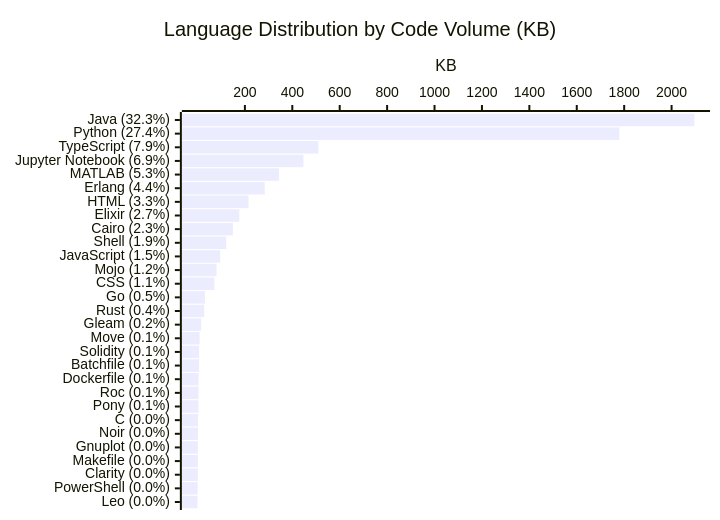
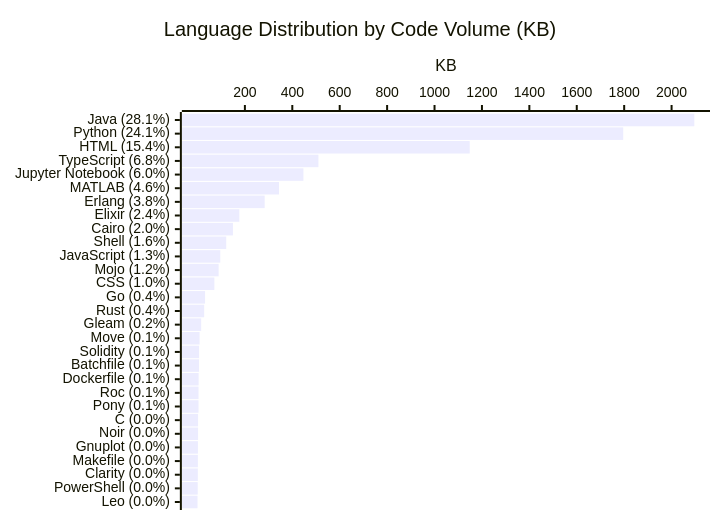
Before and after one commit to KathiraveluLab/.github: the diagram in profile/README.md, drawn with Mermaid. The commit also changed other lines of this file and 1 other file, not shown here.

````diff
--- a/profile/README.md
+++ b/profile/README.md
@@ -67,7 +67,7 @@
 ```mermaid
 xychart-beta horizontal
     title "Language Distribution by Code Volume (KB)"
-    x-axis ["Java (32.3%)", "Python (27.4%)", "TypeScript (7.9%)", "Jupyter Notebook (6.9%)", "MATLAB (5.3%)", "Erlang (4.4%)", "HTML (3.3%)", "Elixir (2.7%)", "Cairo (2.3%)", "Shell (1.9%)", "JavaScript (1.5%)", "Mojo (1.2%)", "CSS (1.1%)", "Go (0.5%)", "Rust (0.4%)", "Gleam (0.2%)", "Move (0.1%)", "Solidity (0.1%)", "Batchfile (0.1%)", "Dockerfile (0.1%)", "Roc (0.1%)", "Pony (0.1%)", "C (0.0%)", "Noir (0.0%)", "Gnuplot (0.0%)", "Makefile (0.0%)", "Clarity (0.0%)", "PowerShell (0.0%)", "Leo (0.0%)"]
+    x-axis ["Java (28.1%)", "Python (24.1%)", "HTML (15.4%)", "TypeScript (6.8%)", "Jupyter Notebook (6.0%)", "MATLAB (4.6%)", "Erlang (3.8%)", "Elixir (2.4%)", "Cairo (2.0%)", "Shell (1.6%)", "JavaScript (1.3%)", "Mojo (1.2%)", "CSS (1.0%)", "Go (0.4%)", "Rust (0.4%)", "Gleam (0.2%)", "Move (0.1%)", "Solidity (0.1%)", "Batchfile (0.1%)", "Dockerfile (0.1%)", "Roc (0.1%)", "Pony (0.1%)", "C (0.0%)", "Noir (0.0%)", "Gnuplot (0.0%)", "Makefile (0.0%)", "Clarity (0.0%)", "PowerShell (0.0%)", "Leo (0.0%)"]
     y-axis "KB"
-    bar [2095.91, 1779.8, 510.29, 446.91, 343.93, 283.41, 215.34, 176.6, 149.42, 121.22, 96.07, 80.48, 71.2, 32.03, 28.25, 15.66, 8.83, 6.65, 6.48, 4.63, 4.5, 4.41, 2.58, 2.46, 1.82, 1.71, 1.53, 1.02, 0.26]
+    bar [2095.91, 1795.89, 1148.39, 510.29, 446.91, 343.93, 283.41, 176.6, 149.42, 121.22, 96.07, 89.29, 71.2, 32.03, 28.25, 15.66, 8.83, 6.65, 6.48, 4.76, 4.5, 4.41, 2.58, 2.46, 1.82, 1.71, 1.53, 1.02, 0.26]
 ```
````
